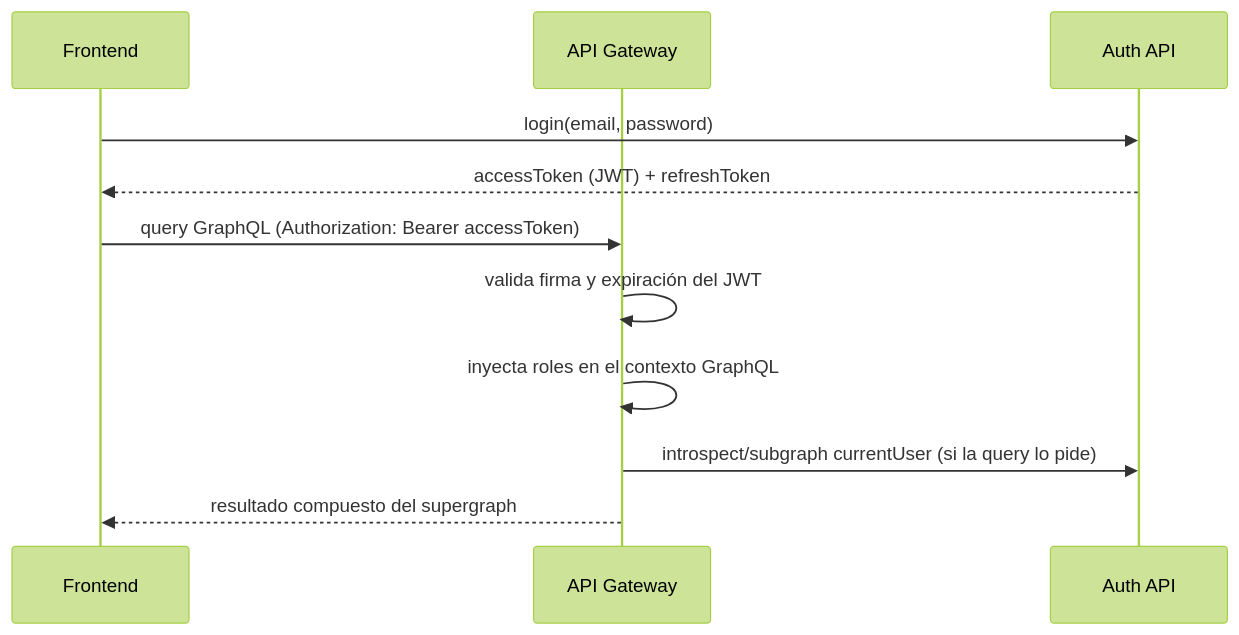
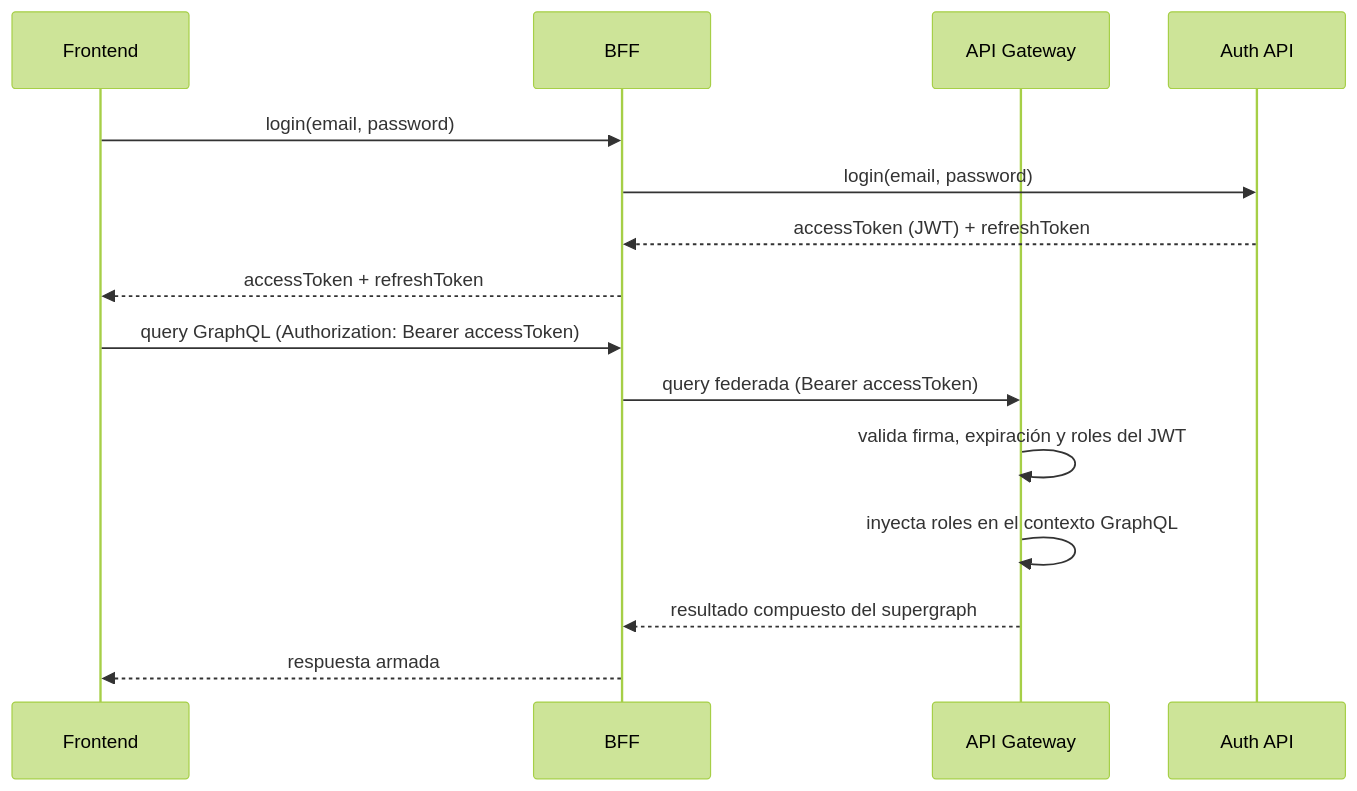
One commit to thomasbarenghi/desa-apps-prueba changed the fourth of 6 diagrams in plan/backend-microservicios-propuesta.md. Above: the diagram before and after it, drawn with Mermaid (forest theme). The commit also changed other lines of this file and 2 other files, not shown here.

First line of the commit message:
docs: update functional and backend requirements to reflect BFF architecture

````diff
--- a/plan/backend-microservicios-propuesta.md
+++ b/plan/backend-microservicios-propuesta.md
@@ -142,15 +156,19 @@
 ```mermaid
 sequenceDiagram
     participant F as Frontend
+    participant BFF as BFF
     participant GW as API Gateway
     participant A as Auth API
 
-    F->>A: login(email, password)
-    A-->>F: accessToken (JWT) + refreshToken
+    F->>BFF: login(email, password)
+    BFF->>A: login(email, password)
+    A-->>BFF: accessToken (JWT) + refreshToken
+    BFF-->>F: accessToken + refreshToken
 
-    F->>GW: query GraphQL (Authorization: Bearer accessToken)
-    GW->>GW: valida firma y expiración del JWT
+    F->>BFF: query GraphQL (Authorization: Bearer accessToken)
+    BFF->>GW: query federada (Bearer accessToken)
+    GW->>GW: valida firma, expiración y roles del JWT
     GW->>GW: inyecta roles en el contexto GraphQL
-    GW->>A: introspect/subgraph currentUser (si la query lo pide)
-    GW-->>F: resultado compuesto del supergraph
+    GW-->>BFF: resultado compuesto del supergraph
+    BFF-->>F: respuesta armada
 ```
````
